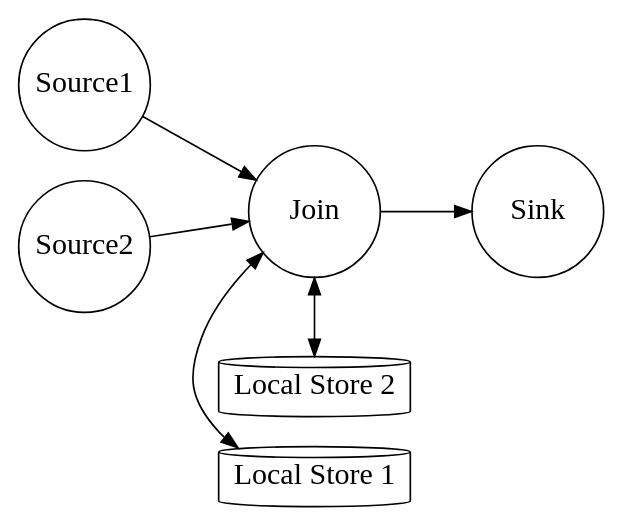
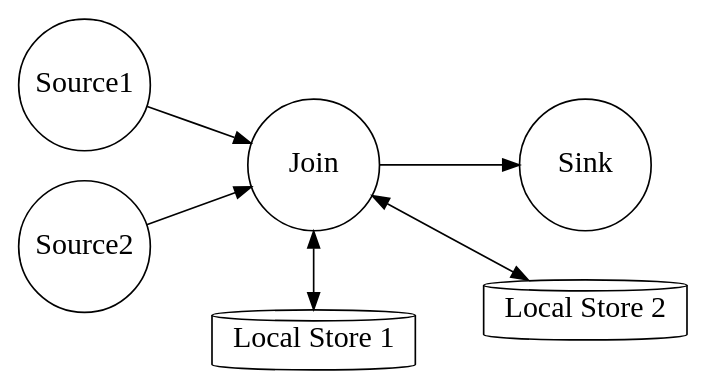
One commit to inponomarev/kstreams-examples changed the seventh of 8 diagrams in slides/src/main/asciidoc/kstreams.adoc. Above: the diagram before and after it, drawn with Graphviz. The commit also changed other lines of this file, not shown here.

```diff
--- a/slides/src/main/asciidoc/kstreams.adoc
+++ b/slides/src/main/asciidoc/kstreams.adoc
@@ -366,17 +383,17 @@
 [graphviz, "join-storages.png"]
 -----
 digraph G {
 rankdir="LR";
 node [fontsize=18; shape="circle"; fixedsize="true"; width="1.1"];
-Store1 [shape="cylinder"; label="Local Store 1"; fixedsize="true"; width="1.6"]
-Store2 [shape="cylinder"; label="Local Store 2"; fixedsize="true"; width="1.6"]
+Store1 [shape="cylinder"; label="Local Store 1"; fixedsize="true"; width="1.7"]
+Store2 [shape="cylinder"; label="Local Store 2"; fixedsize="true"; width="1.7"]
 Source1 -> Join
 Source2 -> Join
 
 Join -> Sink
 Join -> Store1 [dir=both; label=" \n "]
 Join -> Store2 [dir=both; label=" \n "]
-{rank = same; Store1; Store2; Join }
+Store1 -> Store2 [style=invis]
+{rank = same; Store1; Join }
 }
-
 -----
```
